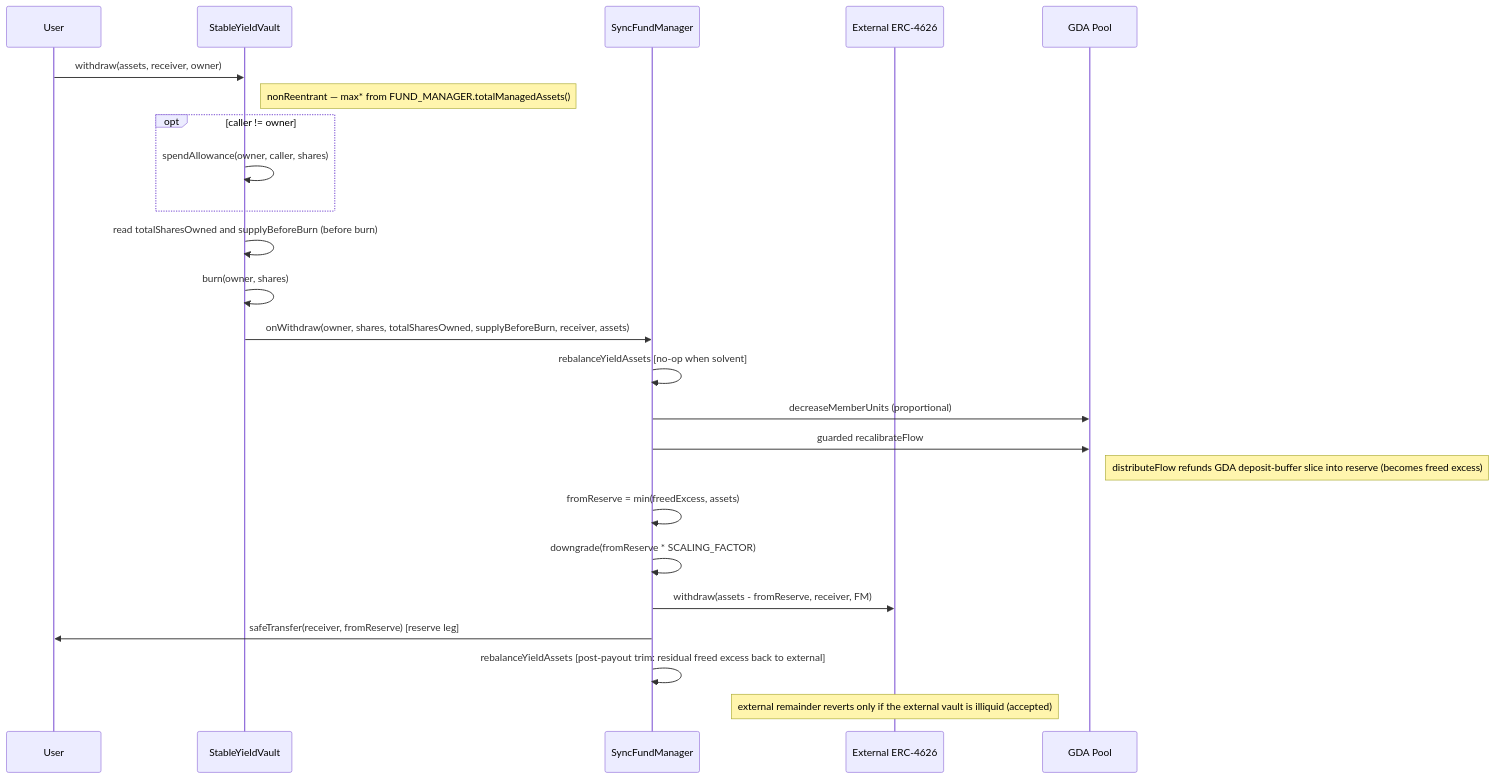
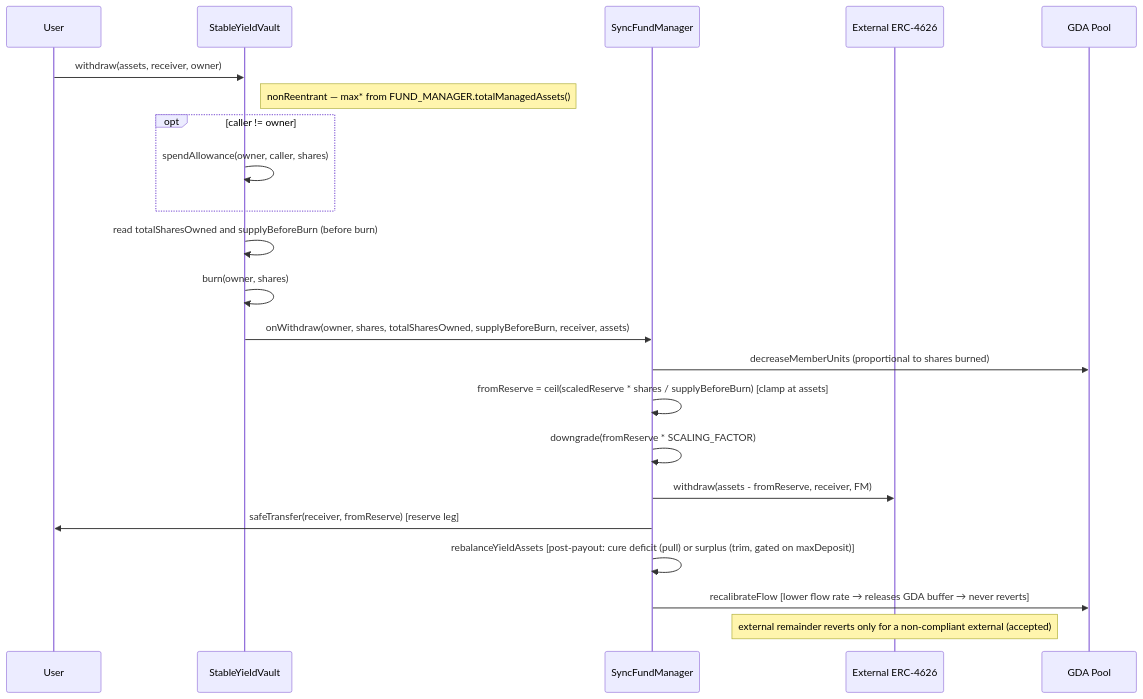
One commit to superfluid-org/stable-yield-vault changed the diagram in docs/sync-vault/flow/withdraw-flow.md. Above: the diagram before and after it, drawn with Mermaid. The commit also changed other lines of this file and 2 other files, not shown here.

````diff
--- a/docs/sync-vault/flow/withdraw-flow.md
+++ b/docs/sync-vault/flow/withdraw-flow.md
@@ -35,27 +41,25 @@
 ```mermaid
 sequenceDiagram
     participant U as User
     participant V as StableYieldVault
     participant FM as SyncFundManager
     participant E as External ERC-4626
     participant POOL as GDA Pool
 
     U->>V: withdraw(assets, receiver, owner)
     Note right of V: nonReentrant — max* from FUND_MANAGER.totalManagedAssets()
     opt caller != owner
         V->>V: spendAllowance(owner, caller, shares)
     end
     V->>V: read totalSharesOwned and supplyBeforeBurn (before burn)
     V->>V: burn(owner, shares)
     V->>FM: onWithdraw(owner, shares, totalSharesOwned, supplyBeforeBurn, receiver, assets)
-    FM->>FM: rebalanceYieldAssets [no-op when solvent]
-    FM->>POOL: decreaseMemberUnits (proportional)
-    FM->>POOL: guarded recalibrateFlow
-    Note right of POOL: distributeFlow refunds GDA deposit-buffer slice into reserve (becomes freed excess)
-    FM->>FM: fromReserve = min(freedExcess, assets)
+    FM->>POOL: decreaseMemberUnits (proportional to shares burned)
+    FM->>FM: fromReserve = ceil(scaledReserve * shares / supplyBeforeBurn) [clamp at assets]
     FM->>FM: downgrade(fromReserve * SCALING_FACTOR)
     FM->>E: withdraw(assets - fromReserve, receiver, FM)
     FM->>U: safeTransfer(receiver, fromReserve) [reserve leg]
-    FM->>FM: rebalanceYieldAssets [post-payout trim: residual freed excess back to external]
-    Note over E: external remainder reverts only if the external vault is illiquid (accepted)
+    FM->>FM: rebalanceYieldAssets [post-payout: cure deficit (pull) or surplus (trim, gated on maxDeposit)]
+    FM->>POOL: recalibrateFlow [lower flow rate → releases GDA buffer → never reverts]
+    Note over E: external remainder reverts only for a non-compliant external (accepted)
 ```
````
